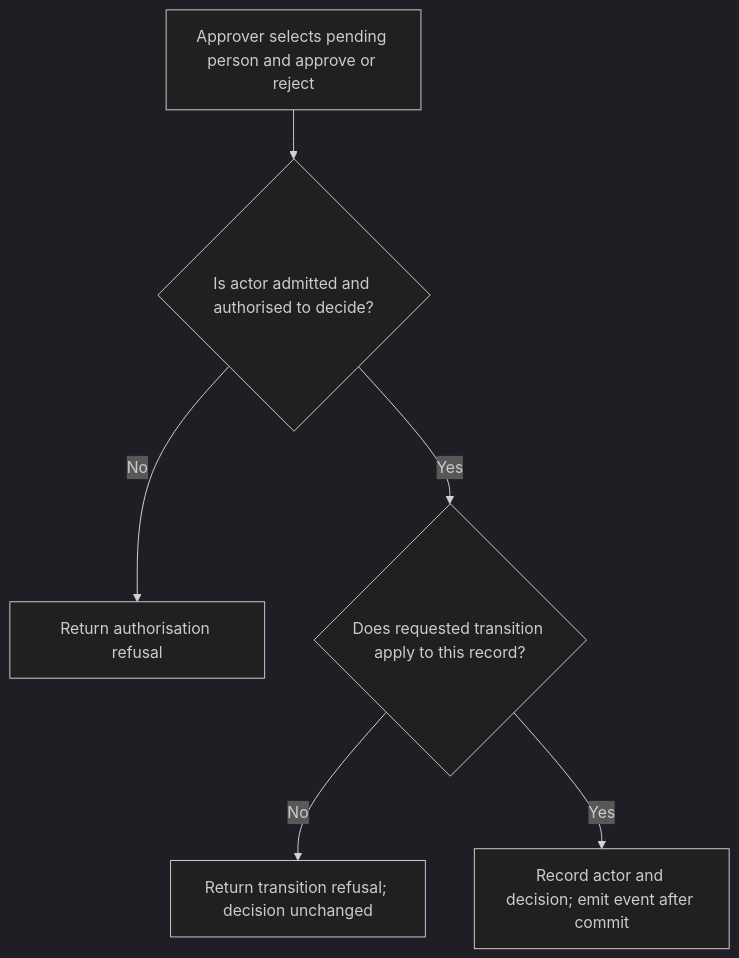
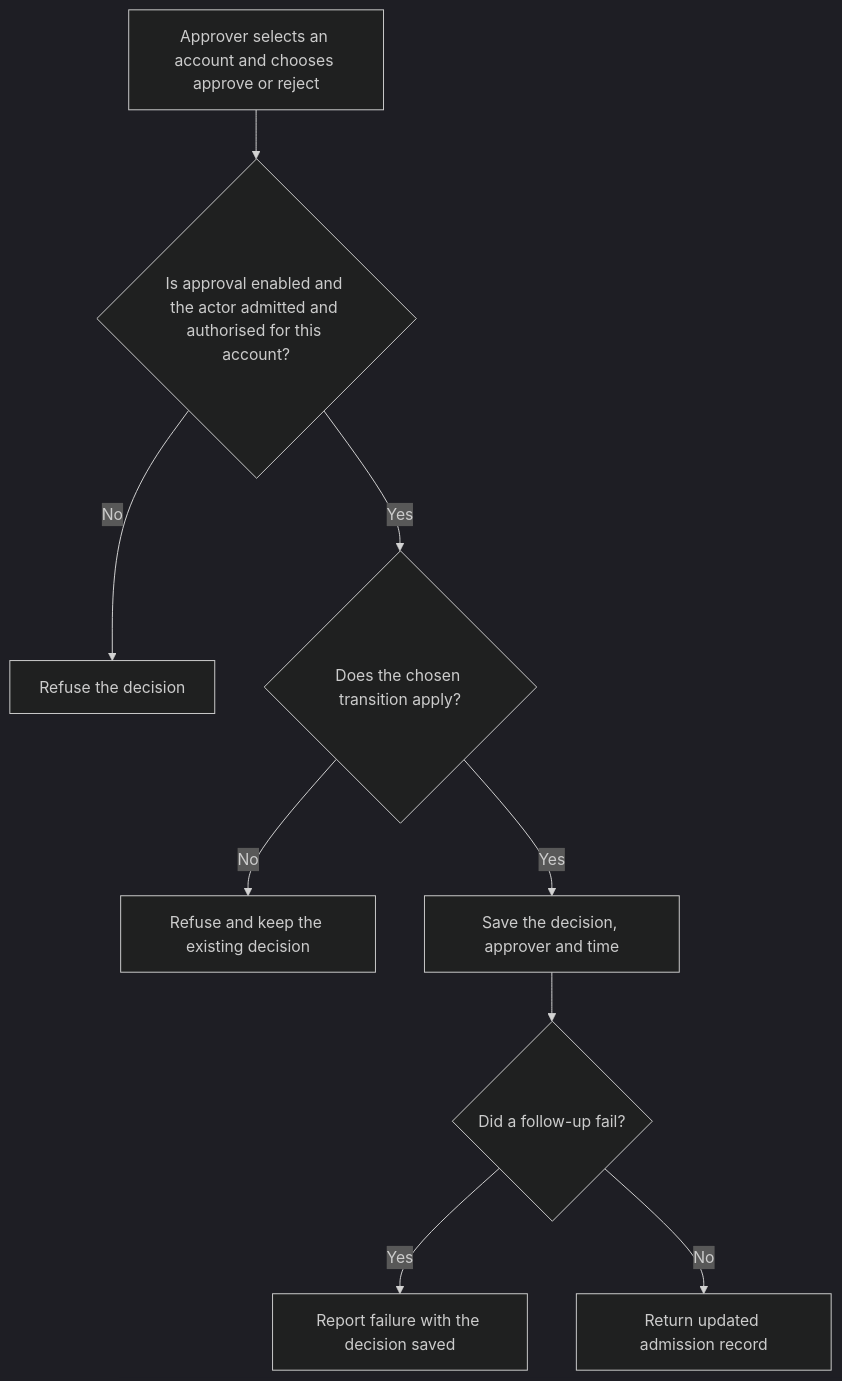
One commit to Kevinjohn/oss-adonisjs-account-kit changed the first of 2 diagrams in user-stories/US-ACCOUNT-26-decide-admission.md. Above: the diagram before and after it, drawn with Mermaid (dark theme). The commit also changed other lines of this file and 70 other files, not shown here.

````diff
--- a/user-stories/US-ACCOUNT-26-decide-admission.md
+++ b/user-stories/US-ACCOUNT-26-decide-admission.md
@@ -18,8 +20,11 @@
 ```mermaid
 flowchart TD
- A["Approver selects pending person and approve or reject"] --> B{"Is actor admitted and authorised to decide?"}
- B -->|No| C["Return authorisation refusal"]
- B -->|Yes| D{"Does requested transition apply to this record?"}
- D -->|No| E["Return transition refusal; decision unchanged"]
- D -->|Yes| F["Record actor and decision; emit event after commit"]
+ A["Approver selects an account and chooses approve or reject"] --> B{"Is approval enabled and the actor admitted and authorised for this account?"}
+ B -->|No| C["Refuse the decision"]
+ B -->|Yes| D{"Does the chosen transition apply?"}
+ D -->|No| E["Refuse and keep the existing decision"]
+ D -->|Yes| F["Save the decision, approver and time"]
+ F --> G{"Did a follow-up fail?"}
+ G -->|Yes| H["Report failure with the decision saved"]
+ G -->|No| I["Return updated admission record"]
 ```
````
